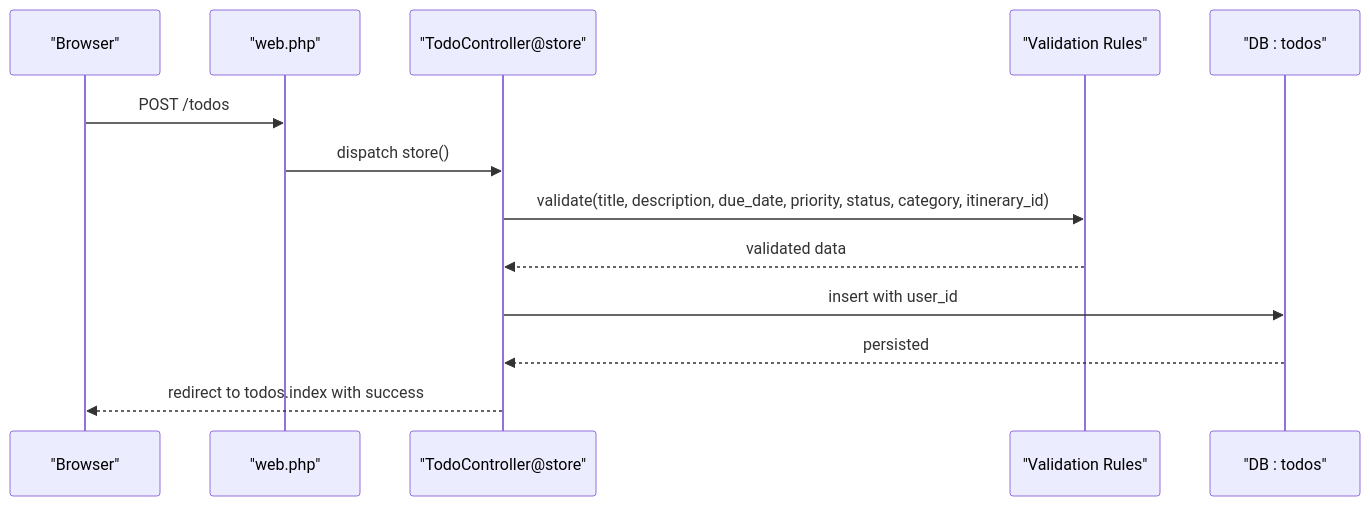
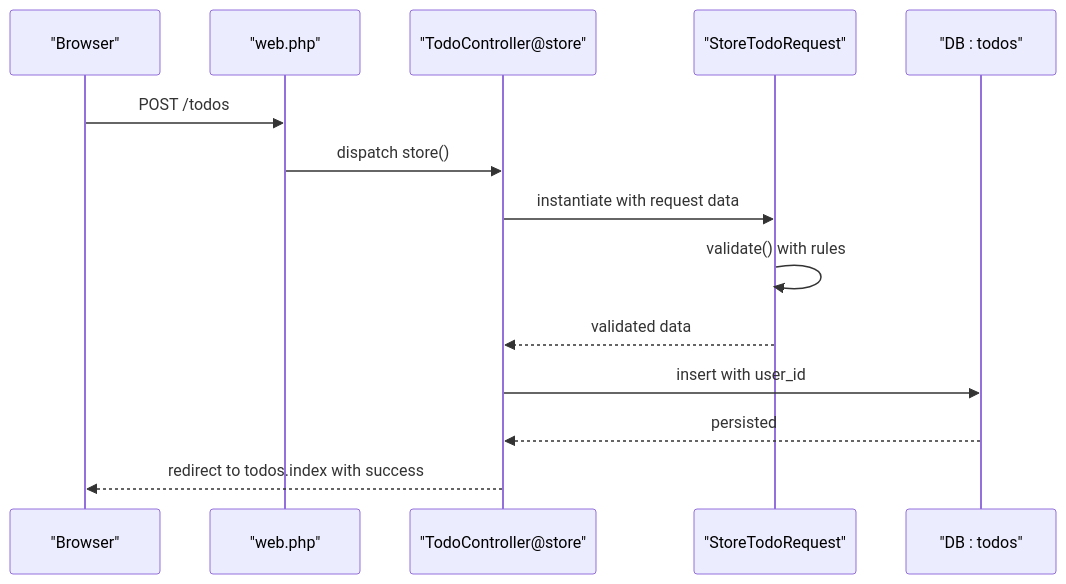
Before and after one commit to VenokM05/Travel_Project: the fourth of 9 diagrams in .qoder/repowiki/en/content/To-Do List Management.md, drawn with Mermaid. The commit also changed other lines of this file and 12 other files, not shown here.

````diff
--- a/.qoder/repowiki/en/content/To-Do List Management.md
+++ b/.qoder/repowiki/en/content/To-Do List Management.md
@@ -225,15 +263,16 @@
 ```mermaid
 sequenceDiagram
 participant Client as "Browser"
 participant Web as "web.php"
 participant TodoCtrl as "TodoController@store"
-participant Validator as "Validation Rules"
+participant StoreReq as "StoreTodoRequest"
 participant DB as "DB : todos"
 Client->>Web : POST /todos
 Web->>TodoCtrl : dispatch store()
-TodoCtrl->>Validator : validate(title, description, due_date, priority, status, category, itinerary_id)
-Validator-->>TodoCtrl : validated data
+TodoCtrl->>StoreReq : instantiate with request data
+StoreReq->>StoreReq : validate() with rules
+StoreReq-->>TodoCtrl : validated data
 TodoCtrl->>DB : insert with user_id
 DB-->>TodoCtrl : persisted
 TodoCtrl-->>Client : redirect to todos.index with success
 ```
````
